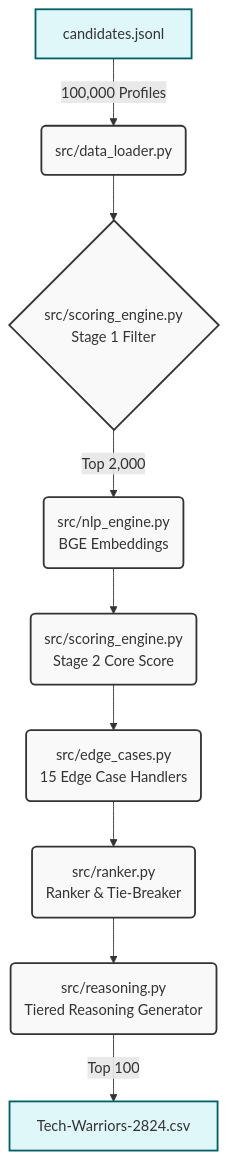
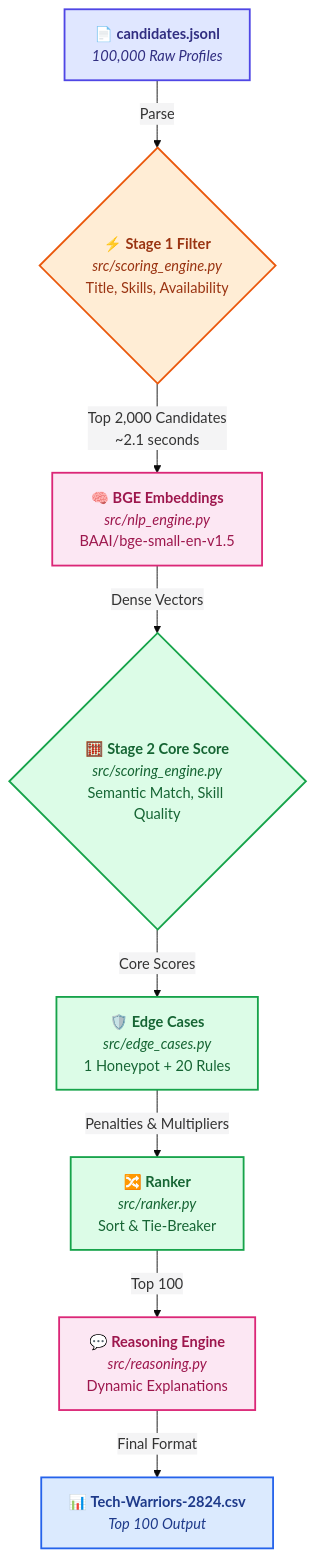
The diagram in README.md (Dhiraj2822/India_runs_hackathon), drawn with Mermaid before and after one commit. The commit also changed other lines of this file and 1 other file, not shown here.

Commit message:
docs: Redesign architecture diagram to use Mermaid styling

````diff
--- a/README.md
+++ b/README.md
@@ -16,15 +16,36 @@
 ```mermaid
+%%{init: {'theme': 'base', 'themeVariables': { 'primaryColor': '#ffffff', 'edgeLabelBackground':'#f4f4f5', 'tertiaryColor': '#f3f4f6'}}}%%
 graph TD
-    A[candidates.jsonl] -->|100,000 Profiles| B(src/data_loader.py)
-    B --> C{src/scoring_engine.py<br>Stage 1 Filter}
-    C -->|Top 2,000| D(src/nlp_engine.py<br>BGE Embeddings)
-    D --> E(src/scoring_engine.py<br>Stage 2 Core Score)
-    E --> F(src/edge_cases.py<br>15 Edge Case Handlers)
-    F --> G(src/ranker.py<br>Ranker & Tie-Breaker)
-    G --> H(src/reasoning.py<br>Tiered Reasoning Generator)
-    H -->|Top 100| I[Tech-Warriors-2824.csv]
+    %% Nodes
+    A["📄 <b>candidates.jsonl</b><br/><i>100,000 Raw Profiles</i>"]
+    B{"⚡ <b>Stage 1 Filter</b><br/><i>src/scoring_engine.py</i><br/>Title, Skills, Availability"}
+    C["🧠 <b>BGE Embeddings</b><br/><i>src/nlp_engine.py</i><br/>BAAI/bge-small-en-v1.5"]
+    D{"🧮 <b>Stage 2 Core Score</b><br/><i>src/scoring_engine.py</i><br/>Semantic Match, Skill Quality"}
+    E["🛡️ <b>Edge Cases</b><br/><i>src/edge_cases.py</i><br/>1 Honeypot + 20 Rules"]
+    F["🔀 <b>Ranker</b><br/><i>src/ranker.py</i><br/>Sort & Tie-Breaker"]
+    G["💬 <b>Reasoning Engine</b><br/><i>src/reasoning.py</i><br/>Dynamic Explanations"]
+    H["📊 <b>Tech-Warriors-2824.csv</b><br/><i>Top 100 Output</i>"]
 
-    classDef default fill:#f9f9f9,stroke:#333,stroke-width:2px;
-    classDef file fill:#e0f7fa,stroke:#006064,stroke-width:2px;
-    class A,I file;
+    %% Edges
+    A -->|Parse| B
+    B -->|Top 2,000 Candidates<br>~2.1 seconds| C
+    C -->|Dense Vectors| D
+    D -->|Core Scores| E
+    E -->|Penalties & Multipliers| F
+    F -->|Top 100| G
+    G -->|Final Format| H
+
+    %% Styling
+    classDef input fill:#e0e7ff,stroke:#4f46e5,stroke-width:2px,color:#312e81
+    classDef filter fill:#ffedd5,stroke:#ea580c,stroke-width:2px,color:#9a3412
+    classDef ai fill:#fce7f3,stroke:#db2777,stroke-width:2px,color:#9d174d
+    classDef logic fill:#dcfce7,stroke:#16a34a,stroke-width:2px,color:#166534
+    classDef output fill:#dbeafe,stroke:#2563eb,stroke-width:2px,color:#1e3a8a
+
+    class A input;
+    class B filter;
+    class C ai;
+    class D,E,F logic;
+    class G ai;
+    class H output;
 ```
````
